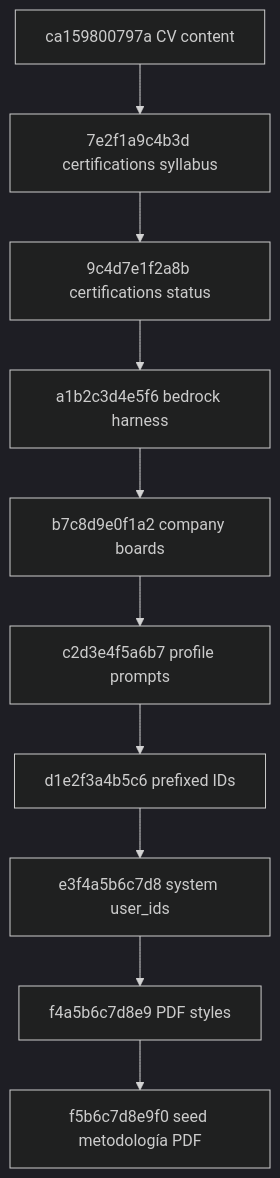
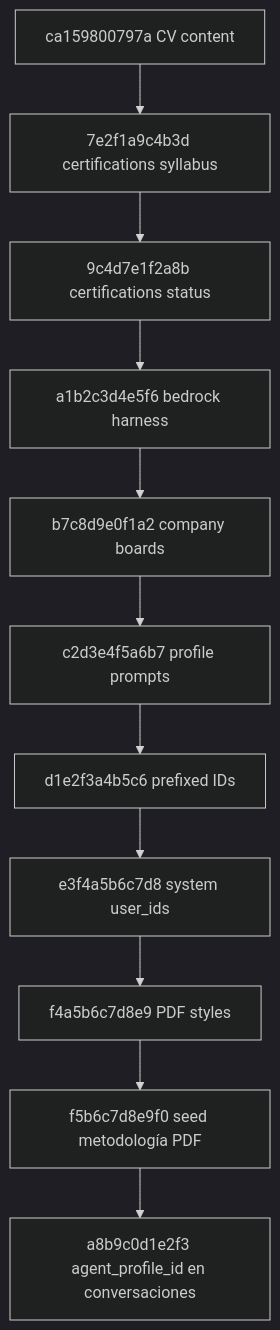
One commit to cjhirashi/cjhirashi-career changed the diagram in api/alembic/versions/README.md. Above: the diagram before and after it, drawn with Mermaid (dark theme). The commit also changed other lines of this file and 9 other files, not shown here.

````diff
--- a/api/alembic/versions/README.md
+++ b/api/alembic/versions/README.md
@@ -7,12 +7,13 @@
 ```mermaid
 flowchart TD
     A[ca159800797a CV content] --> B[7e2f1a9c4b3d certifications syllabus]
     B --> C[9c4d7e1f2a8b certifications status]
     C --> D[a1b2c3d4e5f6 bedrock harness]
     D --> E[b7c8d9e0f1a2 company boards]
     E --> F[c2d3e4f5a6b7 profile prompts]
     F --> G[d1e2f3a4b5c6 prefixed IDs]
     G --> H[e3f4a5b6c7d8 system user_ids]
     H --> I[f4a5b6c7d8e9 PDF styles]
     I --> J[f5b6c7d8e9f0 seed metodología PDF]
+    J --> K[a8b9c0d1e2f3 agent_profile_id en conversaciones]
 ```
````
